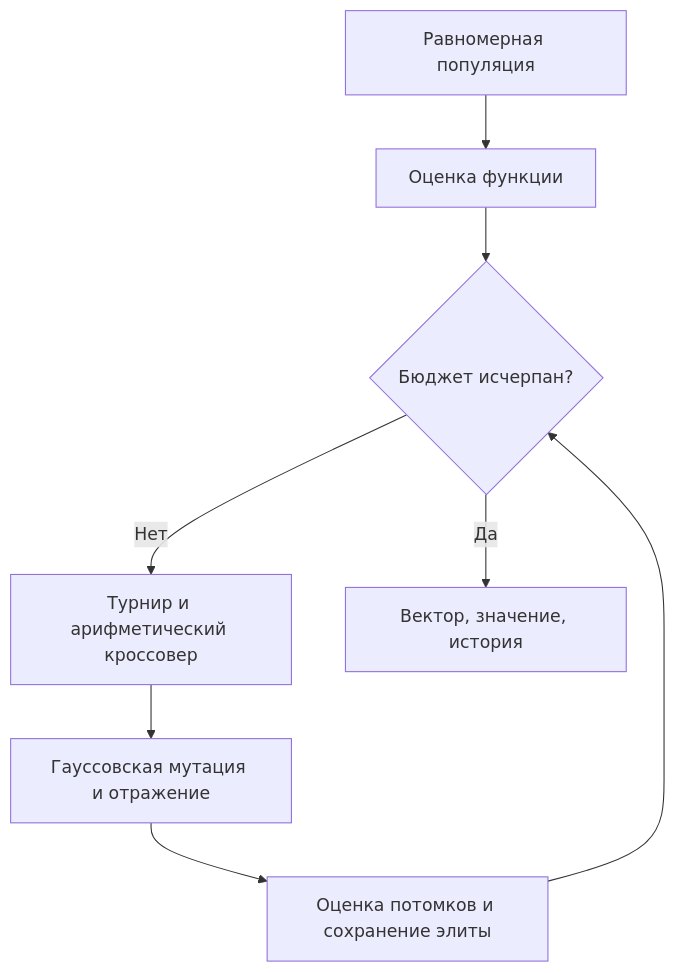
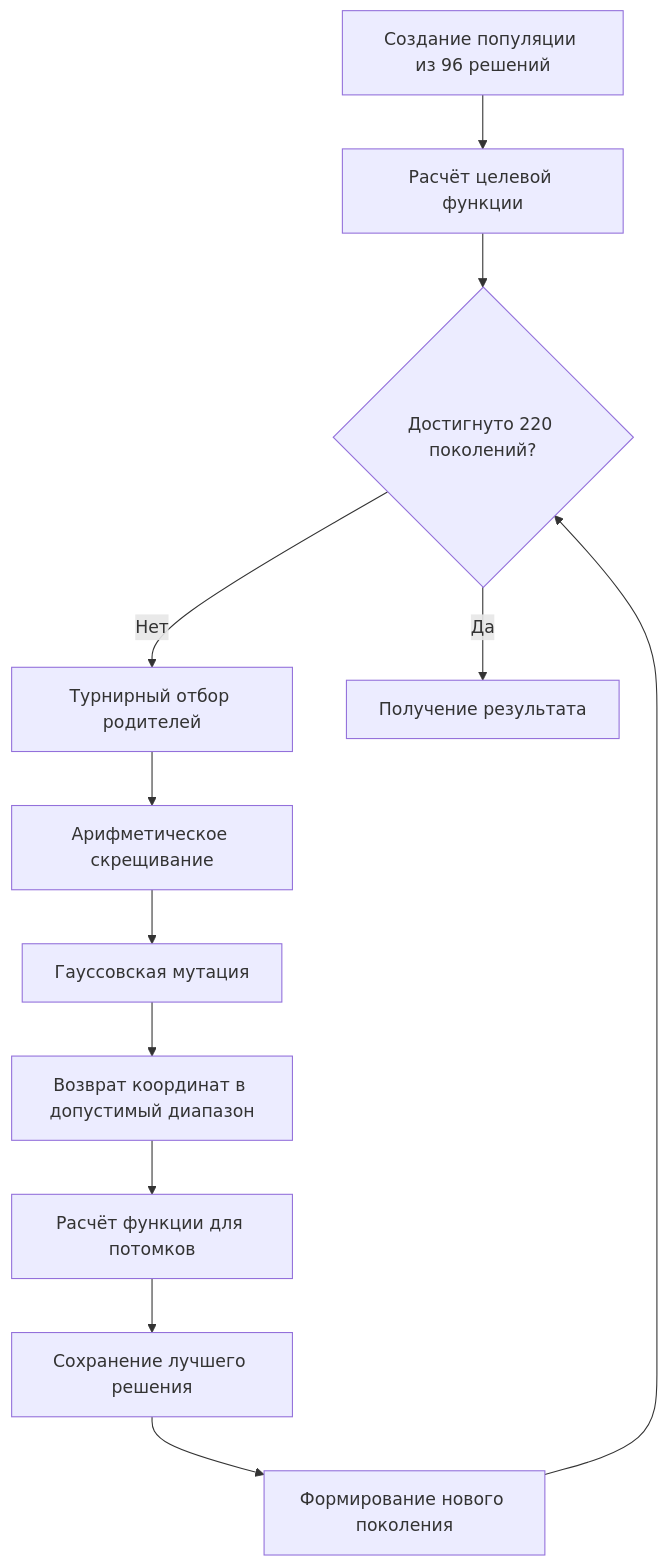
The diagram in REPORT.md (mandrykarina/Multidimensional_optimization_complex_function_using_geneticAlgorithm), drawn with Mermaid before and after one commit. The commit also changed other lines of this file, not shown here.

````diff
--- a/REPORT.md
+++ b/REPORT.md
@@ -25,10 +207,14 @@
-```mermaid
+``` mermaid
 flowchart TD
- A[Равномерная популяция] --> B[Оценка функции]
- B --> C{Бюджет исчерпан?}
- C -->|Нет| D[Турнир и арифметический кроссовер]
- D --> E[Гауссовская мутация и отражение]
- E --> F[Оценка потомков и сохранение элиты]
- F --> C
- C -->|Да| G[Вектор, значение, история]
+    A[Создание популяции из 96 решений] --> B[Расчёт целевой функции]
+    B --> C{Достигнуто 220 поколений?}
+    C -->|Нет| D[Турнирный отбор родителей]
+    D --> E[Арифметическое скрещивание]
+    E --> F[Гауссовская мутация]
+    F --> G[Возврат координат в допустимый диапазон]
+    G --> H[Расчёт функции для потомков]
+    H --> I[Сохранение лучшего решения]
+    I --> J[Формирование нового поколения]
+    J --> C
+    C -->|Да| K[Получение результата]
 ```
````
